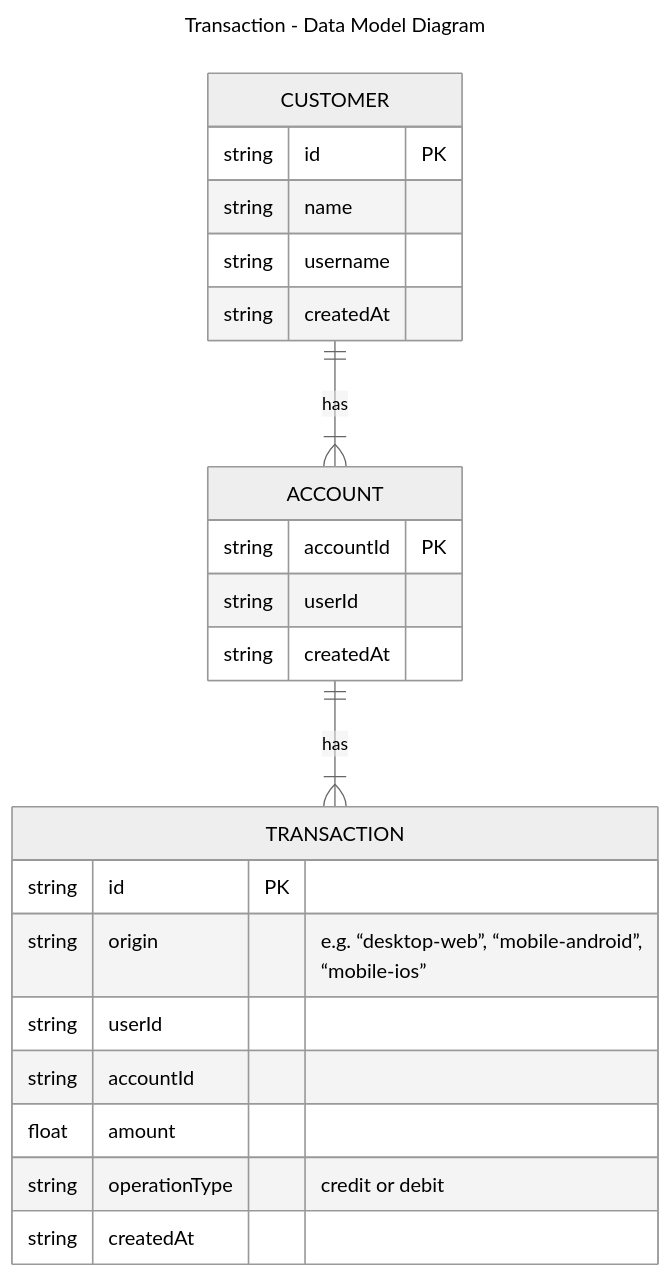
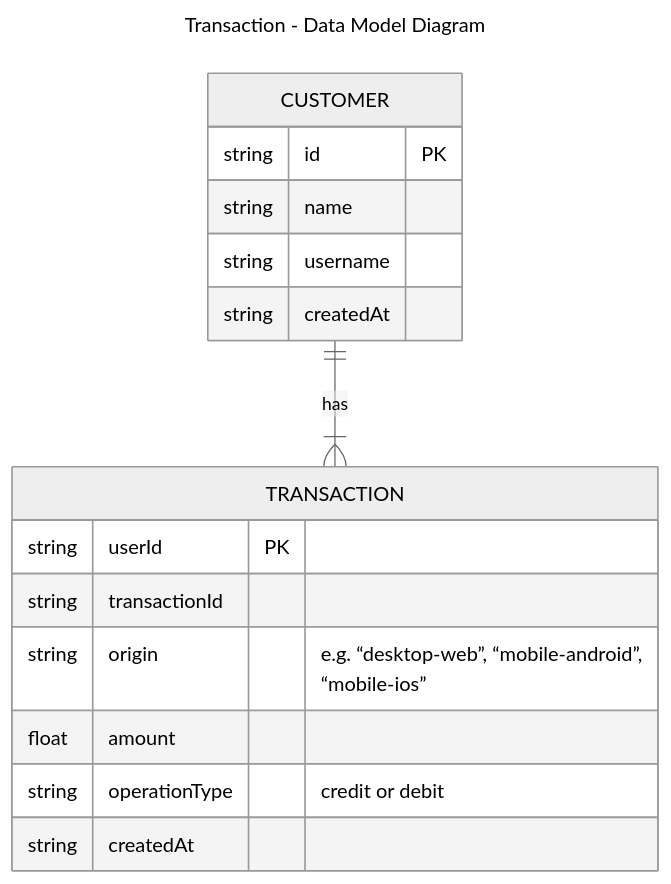
One commit to mauriciozanettisalomao/go-transaction-service changed the diagram in docs/data-model-diagram/data-model-diagram.md. Above: the diagram before and after it, drawn with Mermaid (neutral theme). The commit also changed other lines of this file, not shown here.

Commit message:
issue-1 - describing the choice of the nosql approach

````diff
--- a/docs/data-model-diagram/data-model-diagram.md
+++ b/docs/data-model-diagram/data-model-diagram.md
@@ -1,29 +1,22 @@
 ```mermaid
 ---
 title: Transaction - Data Model Diagram
 ---
 erDiagram
-    CUSTOMER ||--|{ ACCOUNT : has
+    CUSTOMER ||--|{ TRANSACTION : has
     CUSTOMER {
         string id PK
         string name
         string username
         string createdAt
     }
-    ACCOUNT ||--|{ TRANSACTION : has
-    ACCOUNT {
-        string accountId PK
-        string userId 
-        string createdAt
-    }
     TRANSACTION {
-        string id PK
+        string userId PK
+        string transactionId 
         string origin "e.g. “desktop-web”, “mobile-android”,
 “mobile-ios”"
-        string userId 
-        string accountId
         float amount
         string operationType "credit or debit"
         string createdAt
     }
 ```
````
